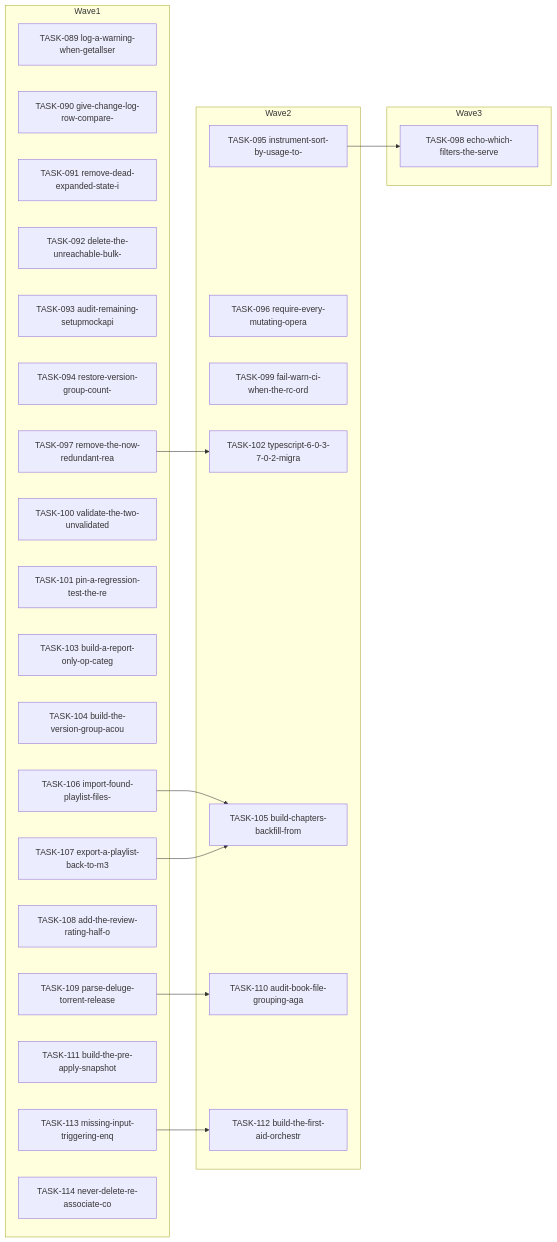
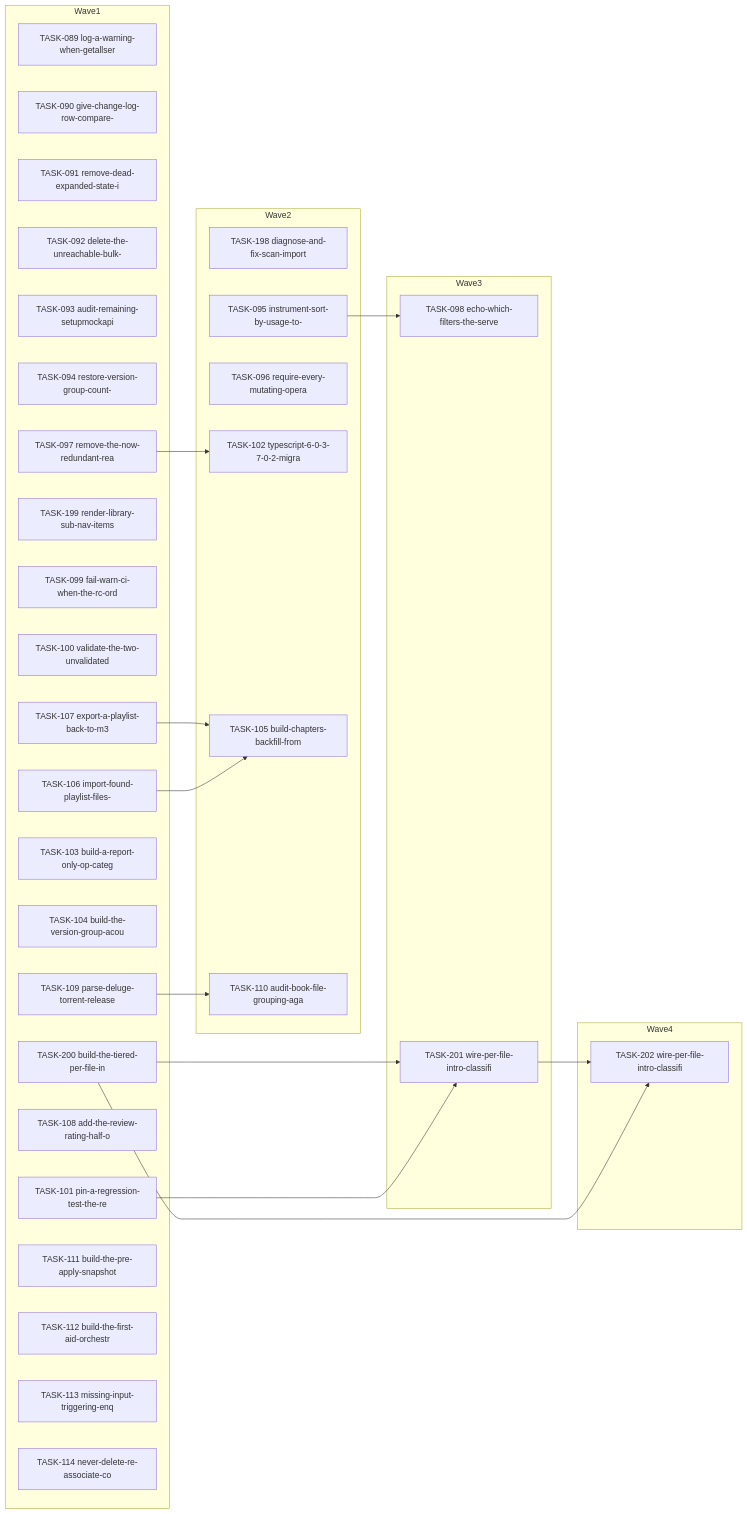
Before and after one commit to falkcorp/audiobook-organizer: the diagram in docs/agent-tasks/todo-completion/missing-file-lane/orchestration.md, drawn with Mermaid. The commit also changed other lines of this file and 275 other files, not shown here.

````diff
--- a/docs/agent-tasks/todo-completion/missing-file-lane/orchestration.md
+++ b/docs/agent-tasks/todo-completion/missing-file-lane/orchestration.md
@@ -12,41 +12,51 @@
 ```mermaid
 flowchart LR
     subgraph Wave1
       TASK089[TASK-089 log-a-warning-when-getallser]
       TASK090[TASK-090 give-change-log-row-compare-]
       TASK091[TASK-091 remove-dead-expanded-state-i]
       TASK092[TASK-092 delete-the-unreachable-bulk-]
       TASK093[TASK-093 audit-remaining-setupmockapi]
       TASK094[TASK-094 restore-version-group-count-]
       TASK097[TASK-097 remove-the-now-redundant-rea]
+      TASK199[TASK-199 render-library-sub-nav-items]
+      TASK099[TASK-099 fail-warn-ci-when-the-rc-ord]
       TASK100[TASK-100 validate-the-two-unvalidated]
       TASK101[TASK-101 pin-a-regression-test-the-re]
+      TASK200[TASK-200 build-the-tiered-per-file-in]
       TASK103[TASK-103 build-a-report-only-op-categ]
       TASK104[TASK-104 build-the-version-group-acou]
       TASK106[TASK-106 import-found-playlist-files-]
       TASK107[TASK-107 export-a-playlist-back-to-m3]
       TASK108[TASK-108 add-the-review-rating-half-o]
       TASK109[TASK-109 parse-deluge-torrent-release]
       TASK111[TASK-111 build-the-pre-apply-snapshot]
+      TASK112[TASK-112 build-the-first-aid-orchestr]
       TASK113[TASK-113 missing-input-triggering-enq]
       TASK114[TASK-114 never-delete-re-associate-co]
     end
     subgraph Wave2
+      TASK198[TASK-198 diagnose-and-fix-scan-import]
       TASK095[TASK-095 instrument-sort-by-usage-to-]
       TASK096[TASK-096 require-every-mutating-opera]
-      TASK099[TASK-099 fail-warn-ci-when-the-rc-ord]
       TASK102[TASK-102 typescript-6-0-3-7-0-2-migra]
       TASK105[TASK-105 build-chapters-backfill-from]
       TASK110[TASK-110 audit-book-file-grouping-aga]
-      TASK112[TASK-112 build-the-first-aid-orchestr]
     end
     subgraph Wave3
       TASK098[TASK-098 echo-which-filters-the-serve]
+      TASK201[TASK-201 wire-per-file-intro-classifi]
+    end
+    subgraph Wave4
+      TASK202[TASK-202 wire-per-file-intro-classifi]
     end
     TASK095 --> TASK098
     TASK097 --> TASK102
+    TASK101 --> TASK201
     TASK106 --> TASK105
     TASK107 --> TASK105
     TASK109 --> TASK110
-    TASK113 --> TASK112
+    TASK200 --> TASK201
+    TASK200 --> TASK202
+    TASK201 --> TASK202
 ```
````
